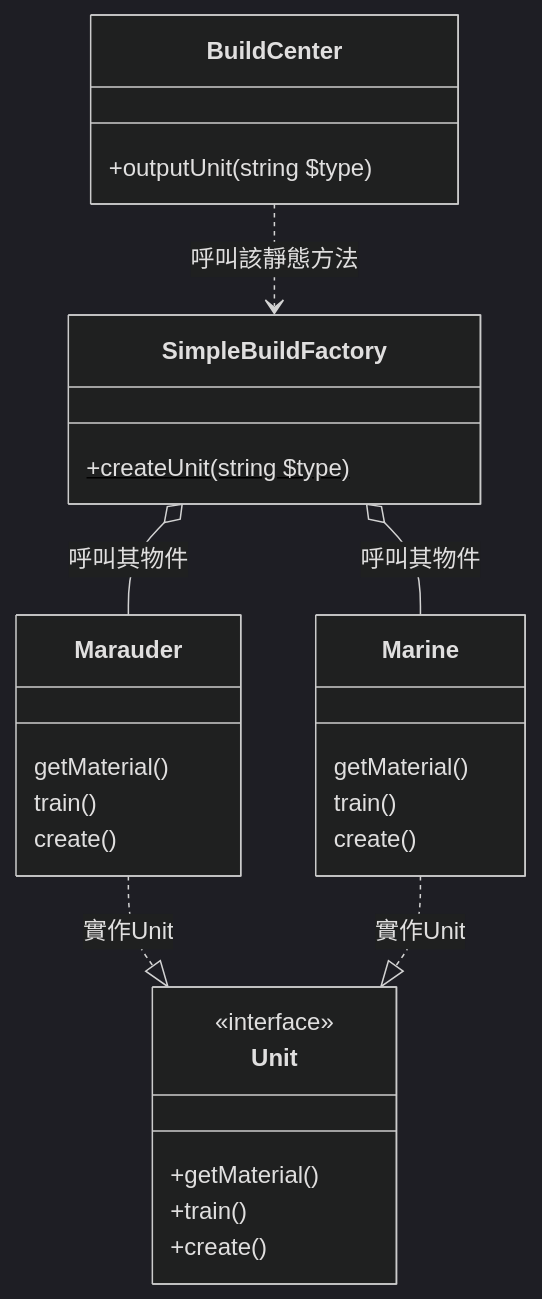
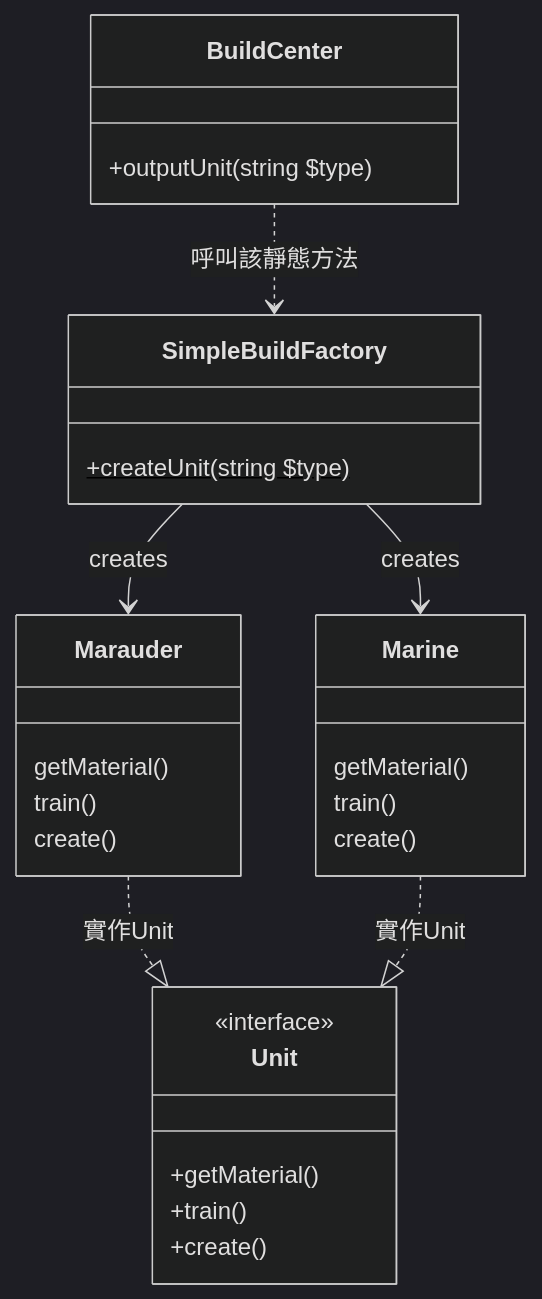
Before and after one commit to YenShiangGao/DesignPatternExample: the diagram in server/Creational/SimpleFactory/Readme.md, drawn with Mermaid (dark theme). The commit also changed 30 other files, not shown here.

````diff
--- a/server/Creational/SimpleFactory/Readme.md
+++ b/server/Creational/SimpleFactory/Readme.md
@@ -1,30 +1,30 @@
 ```mermaid
 classDiagram
     BuildCenter ..> SimpleBuildFactory : 呼叫該靜態方法
-    SimpleBuildFactory o-- Marauder : 呼叫其物件
-    SimpleBuildFactory o-- Marine : 呼叫其物件
+    SimpleBuildFactory --> Marauder : creates
+    SimpleBuildFactory --> Marine : creates
     Marauder ..|> Unit : 實作Unit
     Marine ..|> Unit : 實作Unit
     class BuildCenter{
         +outputUnit(string $type)
     }
     class SimpleBuildFactory{
         +createUnit(string $type)$
     }
     class Unit{
         <<interface>>
         +getMaterial()
         +train()
         +create()
     }
     class Marine ~Unit~ {
         getMaterial()
         train()
         create()
     }
     class Marauder ~Unit~ {
         getMaterial()
         train()
         create()
     }
 ```
````
